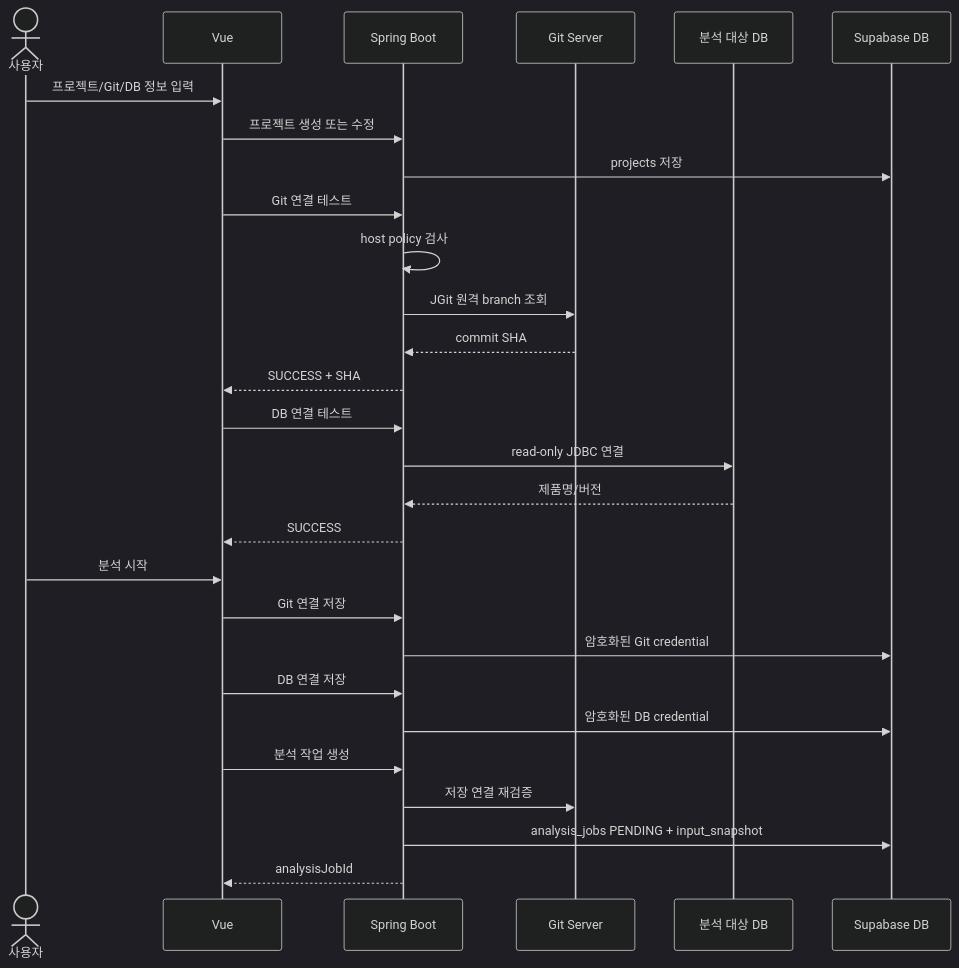
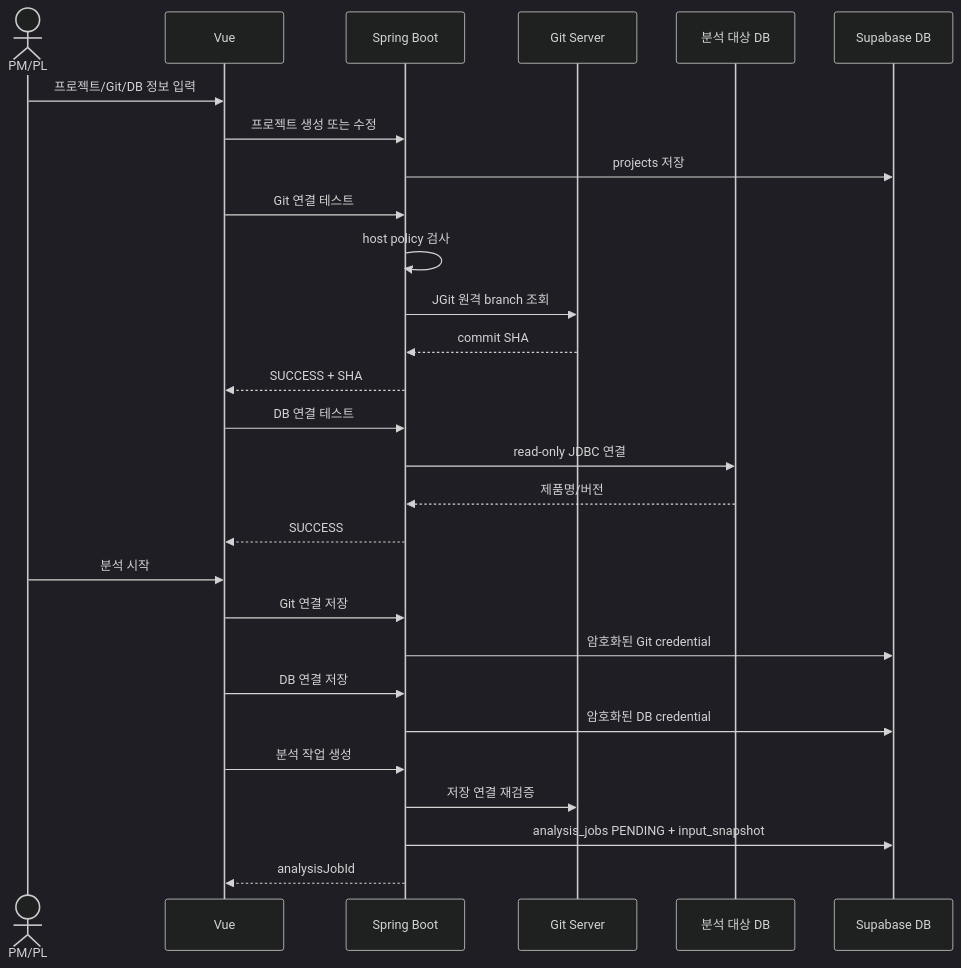
The fourth of 12 diagrams in docs/02_시스템_아키텍처.md (KimAgHuge/hackathon-ai), drawn with Mermaid (dark theme) before and after one commit. The commit also changed other lines of this file and 3 other files, not shown here.

````diff
--- a/docs/02_시스템_아키텍처.md
+++ b/docs/02_시스템_아키텍처.md
@@ -271,34 +308,34 @@
 ```mermaid
 sequenceDiagram
-    actor User as 사용자
+    actor User as PM/PL
     participant FE as Vue
     participant BE as Spring Boot
     participant GIT as Git Server
     participant TARGET as 분석 대상 DB
     participant DB as Supabase DB
 
     User->>FE: 프로젝트/Git/DB 정보 입력
     FE->>BE: 프로젝트 생성 또는 수정
     BE->>DB: projects 저장
 
     FE->>BE: Git 연결 테스트
     BE->>BE: host policy 검사
     BE->>GIT: JGit 원격 branch 조회
     GIT-->>BE: commit SHA
     BE-->>FE: SUCCESS + SHA
 
     FE->>BE: DB 연결 테스트
     BE->>TARGET: read-only JDBC 연결
     TARGET-->>BE: 제품명/버전
     BE-->>FE: SUCCESS
 
     User->>FE: 분석 시작
     FE->>BE: Git 연결 저장
     BE->>DB: 암호화된 Git credential
     FE->>BE: DB 연결 저장
     BE->>DB: 암호화된 DB credential
     FE->>BE: 분석 작업 생성
     BE->>GIT: 저장 연결 재검증
     BE->>DB: analysis_jobs PENDING + input_snapshot
     BE-->>FE: analysisJobId
 ```
````
